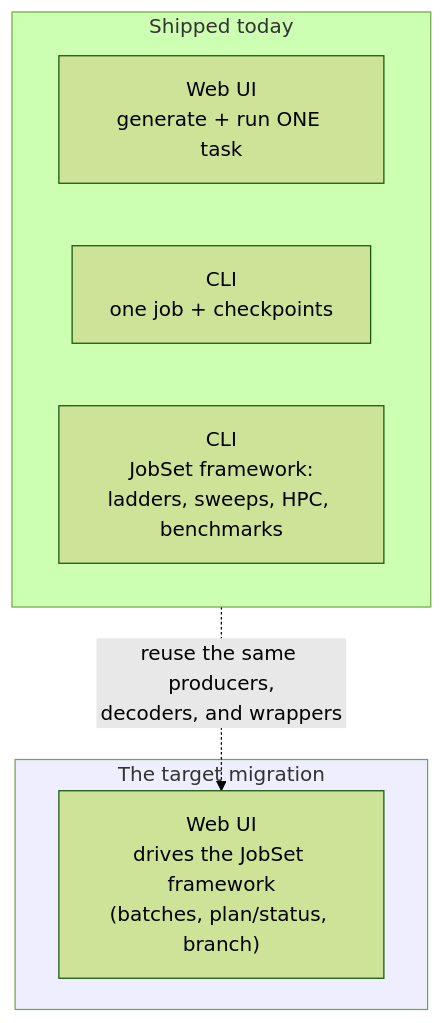
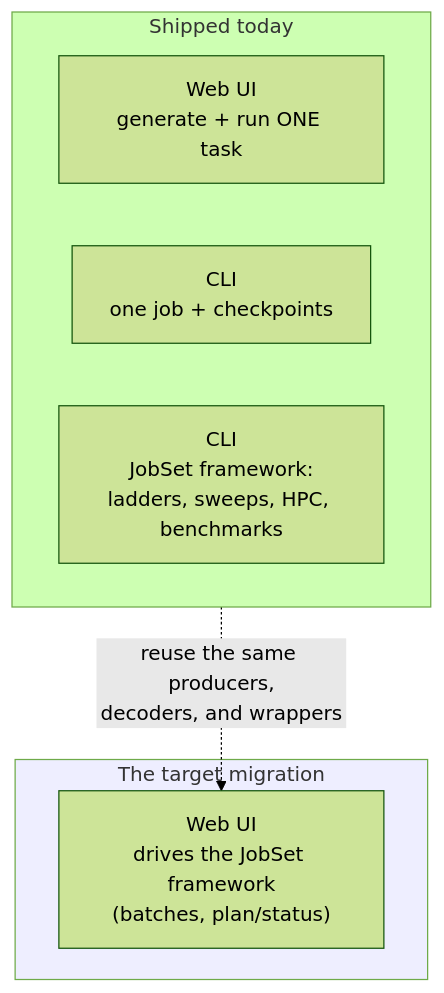
The second of 2 diagrams in docs/execution/overview.md (Qing-LAB/molbuilder), drawn with Mermaid (forest theme) before and after one commit. The commit also changed other lines of this file and 3 other files, not shown here.

````diff
--- a/docs/execution/overview.md
+++ b/docs/execution/overview.md
@@ -148,15 +153,15 @@
 ```mermaid
 flowchart TB
     subgraph now["Shipped today"]
       direction LR
       WS["Web UI<br/>generate + run ONE task"]
       CS["CLI<br/>one job + checkpoints"]
       CJ["CLI<br/>JobSet framework:<br/>ladders, sweeps, HPC, benchmarks"]
     end
     subgraph target["The target migration"]
-      WJ["Web UI<br/>drives the JobSet framework<br/>(batches, plan/status, branch)"]
+      WJ["Web UI<br/>drives the JobSet framework<br/>(batches, plan/status)"]
     end
     CJ -. "reuse the same producers,<br/>decoders, and wrappers" .-> WJ
     classDef t fill:#eef;
     class target t;
 ```
````
